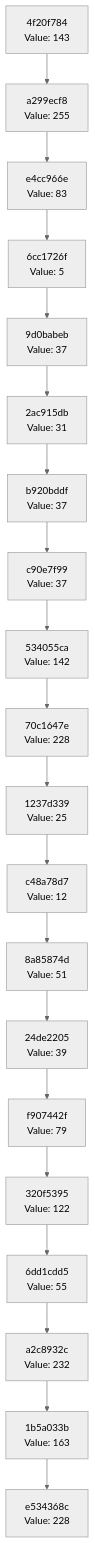
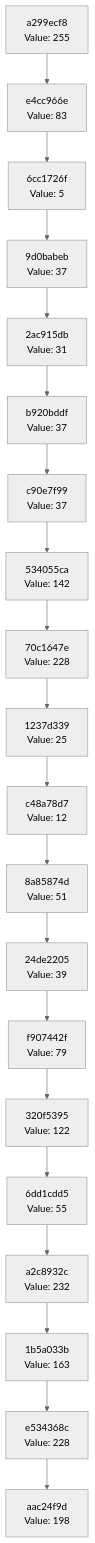
Before and after one commit to Abhisheksinha1506/hash-chain-evolver: the diagram in docs/CHAIN_VISUALIZATION.md, drawn with Mermaid (neutral theme). The commit also changed 2 other files, not shown here.

Commit message:
Evolution step: hash 0xC6 → action executed

````diff
--- a/docs/CHAIN_VISUALIZATION.md
+++ b/docs/CHAIN_VISUALIZATION.md
@@ -3,42 +3,42 @@
 ```mermaid
 graph TD
-    C0["e534368c<br/>Value: 228"]
-    C1["1b5a033b<br/>Value: 163"]
+    C0["aac24f9d<br/>Value: 198"]
+    C1["e534368c<br/>Value: 228"]
     C1 --> C0
-    C2["a2c8932c<br/>Value: 232"]
+    C2["1b5a033b<br/>Value: 163"]
     C2 --> C1
-    C3["6dd1cdd5<br/>Value: 55"]
+    C3["a2c8932c<br/>Value: 232"]
     C3 --> C2
-    C4["320f5395<br/>Value: 122"]
+    C4["6dd1cdd5<br/>Value: 55"]
     C4 --> C3
-    C5["f907442f<br/>Value: 79"]
+    C5["320f5395<br/>Value: 122"]
     C5 --> C4
-    C6["24de2205<br/>Value: 39"]
+    C6["f907442f<br/>Value: 79"]
     C6 --> C5
-    C7["8a85874d<br/>Value: 51"]
+    C7["24de2205<br/>Value: 39"]
     C7 --> C6
-    C8["c48a78d7<br/>Value: 12"]
+    C8["8a85874d<br/>Value: 51"]
     C8 --> C7
-    C9["1237d339<br/>Value: 25"]
+    C9["c48a78d7<br/>Value: 12"]
     C9 --> C8
-    C10["70c1647e<br/>Value: 228"]
+    C10["1237d339<br/>Value: 25"]
     C10 --> C9
-    C11["534055ca<br/>Value: 142"]
+    C11["70c1647e<br/>Value: 228"]
     C11 --> C10
-    C12["c90e7f99<br/>Value: 37"]
+    C12["534055ca<br/>Value: 142"]
     C12 --> C11
-    C13["b920bddf<br/>Value: 37"]
+    C13["c90e7f99<br/>Value: 37"]
     C13 --> C12
-    C14["2ac915db<br/>Value: 31"]
+    C14["b920bddf<br/>Value: 37"]
     C14 --> C13
-    C15["9d0babeb<br/>Value: 37"]
+    C15["2ac915db<br/>Value: 31"]
     C15 --> C14
-    C16["6cc1726f<br/>Value: 5"]
+    C16["9d0babeb<br/>Value: 37"]
     C16 --> C15
-    C17["e4cc966e<br/>Value: 83"]
+    C17["6cc1726f<br/>Value: 5"]
     C17 --> C16
-    C18["a299ecf8<br/>Value: 255"]
+    C18["e4cc966e<br/>Value: 83"]
     C18 --> C17
-    C19["4f20f784<br/>Value: 143"]
+    C19["a299ecf8<br/>Value: 255"]
     C19 --> C18
 ```
````
